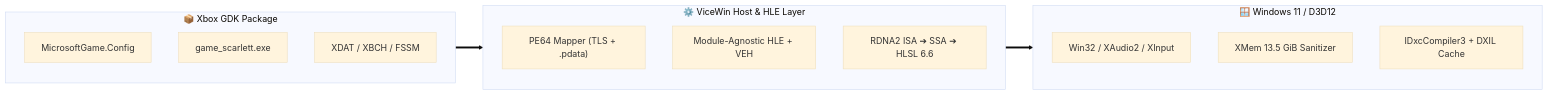
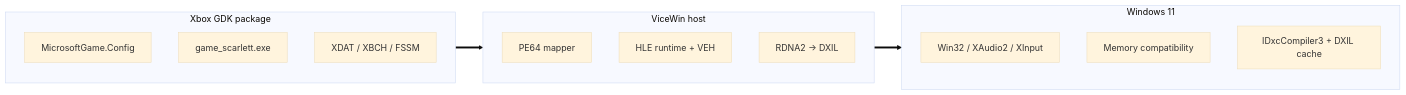
The diagram in README.md (SomeTweaks/ViceWin), drawn with Mermaid (base theme) before and after one commit. The commit also changed other lines of this file, not shown here.

````diff
--- a/README.md
+++ b/README.md
@@ -23,22 +51,22 @@
 ```mermaid
 flowchart LR
-    subgraph PKG["📦 Xbox GDK Package"]
+    subgraph Package["Xbox GDK package"]
         A1["MicrosoftGame.Config"]
         A2["game_scarlett.exe"]
         A3["XDAT / XBCH / FSSM"]
     end
 
-    subgraph HOST["⚙️ ViceWin Host & HLE Layer"]
-        B1["PE64 Mapper (TLS + .pdata)"]
-        B2["Module-Agnostic HLE + VEH"]
-        B3["RDNA2 ISA ➔ SSA ➔ HLSL 6.6"]
+    subgraph ViceWin["ViceWin host"]
+        B1["PE64 mapper"]
+        B2["HLE runtime + VEH"]
+        B3["RDNA2 → DXIL"]
     end
 
-    subgraph WIN["🪟 Windows 11 / D3D12"]
+    subgraph Windows["Windows 11"]
         C1["Win32 / XAudio2 / XInput"]
-        C2["XMem 13.5 GiB Sanitizer"]
-        C3["IDxcCompiler3 + DXIL Cache"]
+        C2["Memory compatibility"]
+        C3["IDxcCompiler3 + DXIL cache"]
     end
 
-    PKG ==> HOST ==> WIN
+    Package ==> ViceWin ==> Windows
 ```
````
